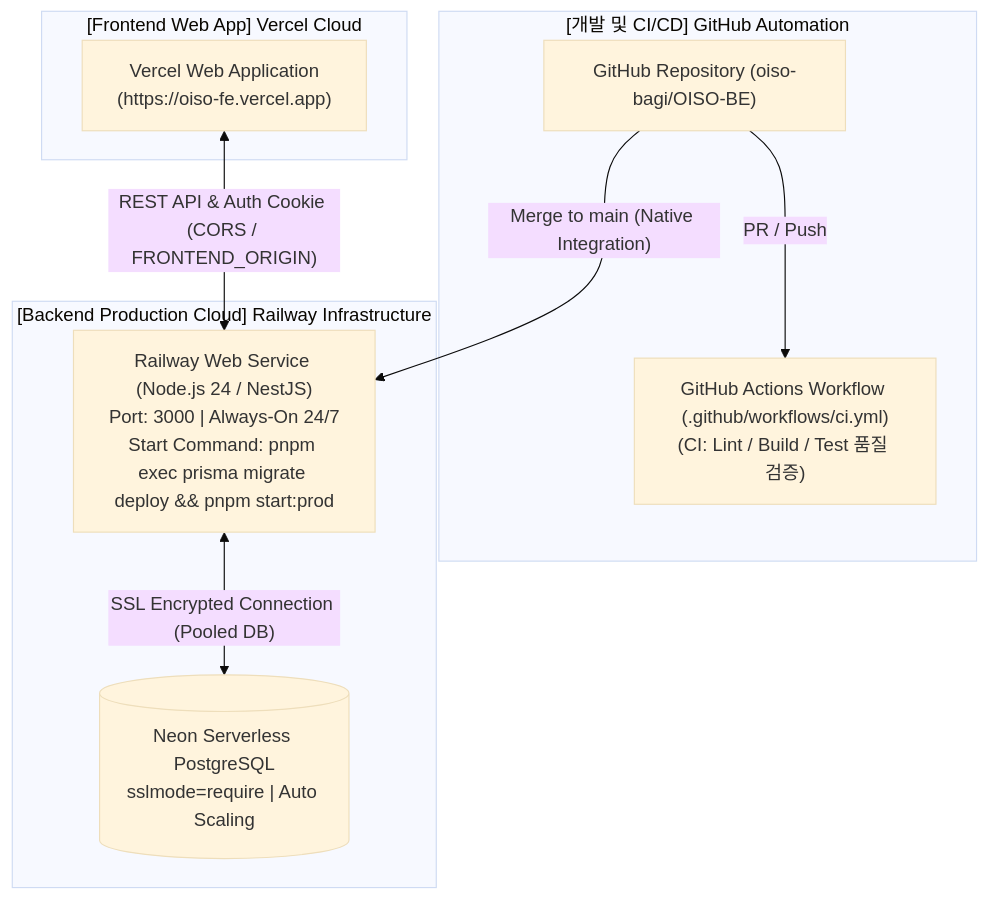
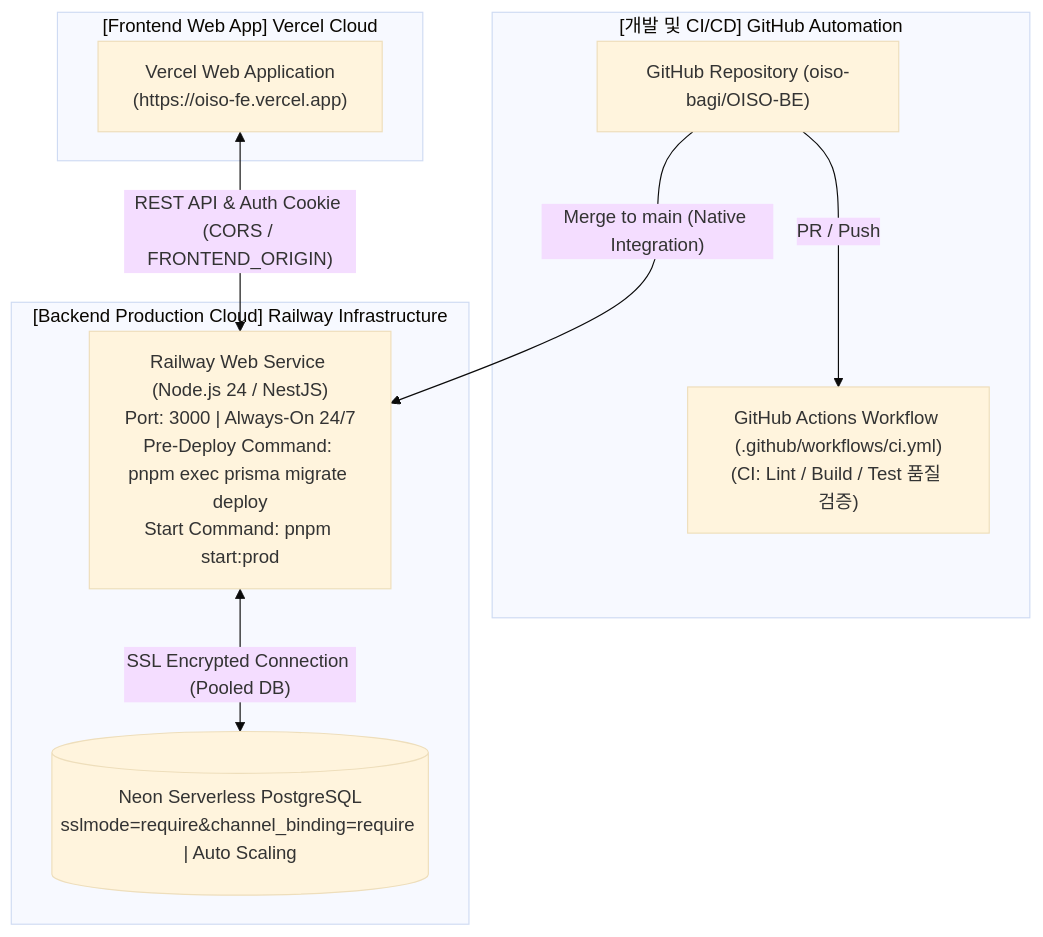
One commit to oiso-bagi/OISO-BE changed the diagram in docs/infrastructure-architecture.md. Above: the diagram before and after it, drawn with Mermaid (base theme). The commit also changed other lines of this file, not shown here.

Commit message:
docs(docs): #63 인프라 명세서 내 Railway 명령어 분리 및 DB SSL 접속 설정 동기화

````diff
--- a/docs/infrastructure-architecture.md
+++ b/docs/infrastructure-architecture.md
@@ -12,21 +12,21 @@
 ```mermaid
 flowchart TD
     subgraph Frontend["[Frontend Web App] Vercel Cloud"]
         VercelApp["Vercel Web Application<br/>(https://oiso-fe.vercel.app)"]
     end
 
     subgraph Developer["[개발 및 CI/CD] GitHub Automation"]
         GitRepo["GitHub Repository (oiso-bagi/OISO-BE)"]
         Actions["GitHub Actions Workflow (.github/workflows/ci.yml)<br/>(CI: Lint / Build / Test 품질 검증)"]
     end
 
     subgraph Production["[Backend Production Cloud] Railway Infrastructure"]
-        RailwayServer["Railway Web Service (Node.js 24 / NestJS)<br/>Port: 3000 | Always-On 24/7<br/>Start Command: pnpm exec prisma migrate deploy && pnpm start:prod"]
-        NeonDB[("Neon Serverless PostgreSQL<br/>sslmode=require | Auto Scaling")]
+        RailwayServer["Railway Web Service (Node.js 24 / NestJS)<br/>Port: 3000 | Always-On 24/7<br/>Pre-Deploy Command: pnpm exec prisma migrate deploy<br/>Start Command: pnpm start:prod"]
+        NeonDB[("Neon Serverless PostgreSQL<br/>sslmode=require&channel_binding=require | Auto Scaling")]
     end
 
     VercelApp <-->|"REST API & Auth Cookie (CORS / FRONTEND_ORIGIN)"| RailwayServer
     GitRepo -->|"PR / Push"| Actions
     GitRepo -->|"Merge to main (Native Integration)"| RailwayServer
     RailwayServer <-->|"SSL Encrypted Connection (Pooled DB)"| NeonDB
 ```
````
